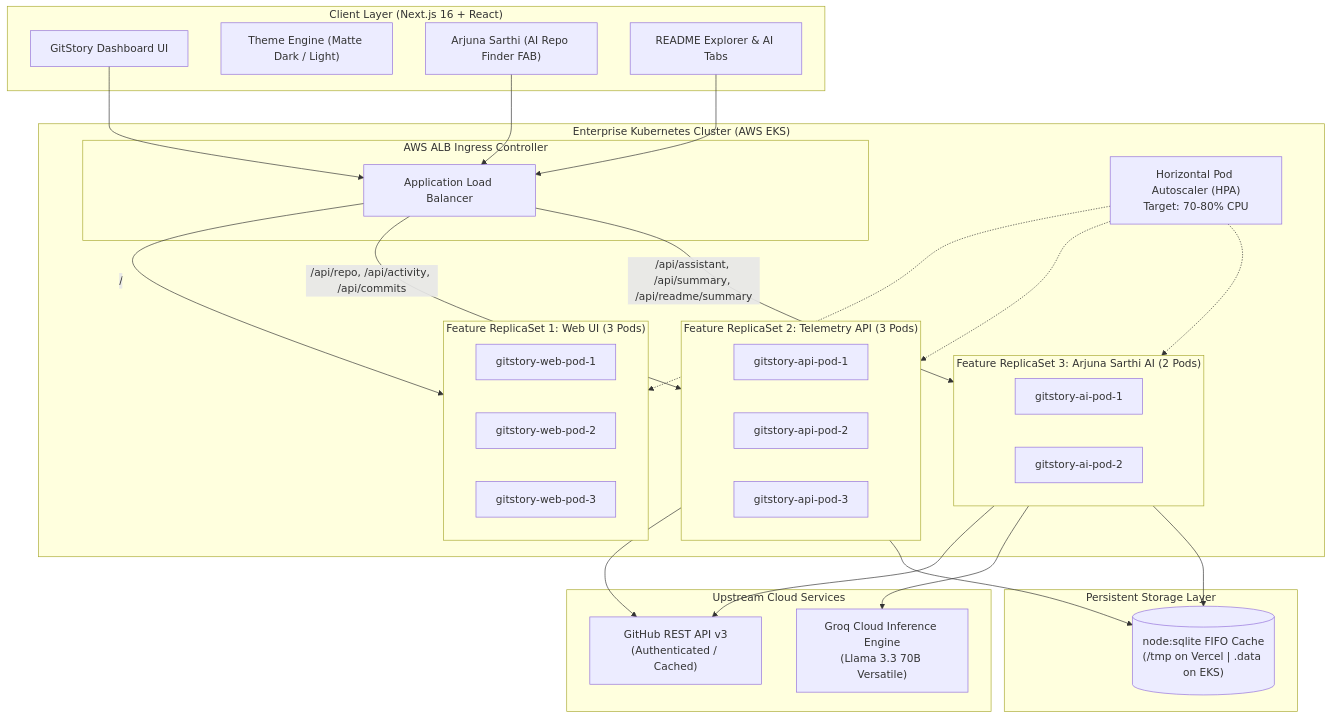
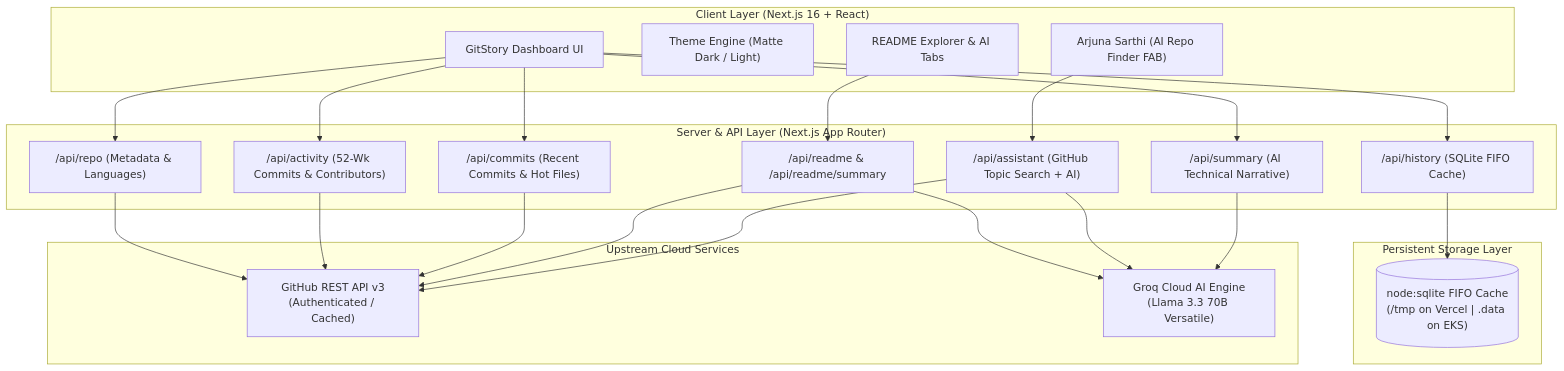
The third of 3 diagrams in README.md (Darshan1814/Arjuna_1), drawn with Mermaid before and after one commit. The commit also changed other lines of this file and 1 other file, not shown here.

Commit message:
fix(deploy): remove corrupt app/favicon.ico and enrich AWS architecture diagrams in README

````diff
--- a/README.md
+++ b/README.md
@@ -93,60 +224,41 @@
 ```mermaid
 flowchart TD
     subgraph Client ["Client Layer (Next.js 16 + React)"]
         UI["GitStory Dashboard UI"]
         Theme["Theme Engine (Matte Dark / Light)"]
         AS["Arjuna Sarthi (AI Repo Finder FAB)"]
         RM["README Explorer & AI Tabs"]
     end
 
-    subgraph AWS_EKS ["Enterprise Kubernetes Cluster (AWS EKS)"]
-        subgraph Ingress ["AWS ALB Ingress Controller"]
-            ALB["Application Load Balancer"]
-        end
-
-        subgraph ReplicaSet_Web ["Feature ReplicaSet 1: Web UI (3 Pods)"]
-            W1["gitstory-web-pod-1"]
-            W2["gitstory-web-pod-2"]
-            W3["gitstory-web-pod-3"]
-        end
-
-        subgraph ReplicaSet_API ["Feature ReplicaSet 2: Telemetry API (3 Pods)"]
-            A1["gitstory-api-pod-1"]
-            A2["gitstory-api-pod-2"]
-            A3["gitstory-api-pod-3"]
-        end
-
-        subgraph ReplicaSet_AI ["Feature ReplicaSet 3: Arjuna Sarthi AI (2 Pods)"]
-            AI1["gitstory-ai-pod-1"]
-            AI2["gitstory-ai-pod-2"]
-        end
-
-        HPA["Horizontal Pod Autoscaler (HPA)\nTarget: 70-80% CPU"]
+    subgraph Server ["Server & API Layer (Next.js App Router)"]
+        R_Repo["/api/repo (Metadata & Languages)"]
+        R_Act["/api/activity (52-Wk Commits & Contributors)"]
+        R_Com["/api/commits (Recent Commits & Hot Files)"]
+        R_Sum["/api/summary (AI Technical Narrative)"]
+        R_Readme["/api/readme & /api/readme/summary"]
+        R_Asst["/api/assistant (GitHub Topic Search + AI)"]
+        R_Hist["/api/history (SQLite FIFO Cache)"]
     end
 
     subgraph Storage ["Persistent Storage Layer"]
         DB[("node:sqlite FIFO Cache\n(/tmp on Vercel | .data on EKS)")]
     end
 
     subgraph External ["Upstream Cloud Services"]
         GH["GitHub REST API v3\n(Authenticated / Cached)"]
-        Groq["Groq Cloud Inference Engine\n(Llama 3.3 70B Versatile)"]
+        Groq["Groq Cloud AI Engine\n(Llama 3.3 70B Versatile)"]
     end
 
-    UI --> ALB
-    AS --> ALB
-    RM --> ALB
+    UI --> R_Repo & R_Act & R_Com & R_Hist
+    AS --> R_Asst
+    RM --> R_Readme
+    UI --> R_Sum
 
-    ALB -->|/ | ReplicaSet_Web
-    ALB -->|/api/repo, /api/activity, /api/commits| ReplicaSet_API
-    ALB -->|/api/assistant, /api/summary, /api/readme/summary| ReplicaSet_AI
-
-    ReplicaSet_API --> GH
-    ReplicaSet_API --> DB
-    ReplicaSet_AI --> GH & Groq
-    ReplicaSet_AI --> DB
-
-    HPA -.-> ReplicaSet_Web
-    HPA -.-> ReplicaSet_API
-    HPA -.-> ReplicaSet_AI
+    R_Repo --> GH
+    R_Act --> GH
+    R_Com --> GH
+    R_Readme --> GH & Groq
+    R_Asst --> GH & Groq
+    R_Sum --> Groq
+    R_Hist --> DB
 ```
````
